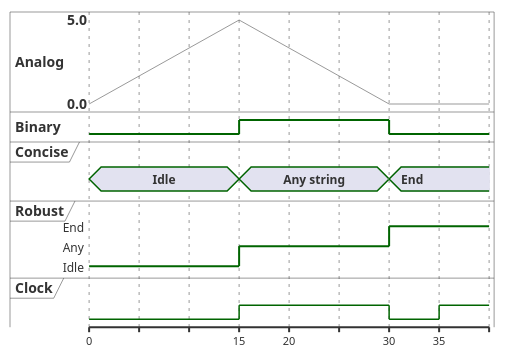
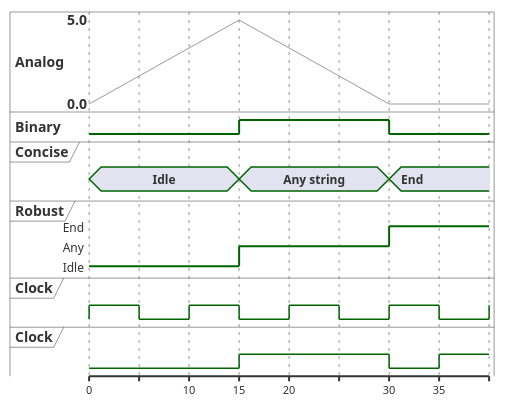
One commit to peponi-paradise/PlantUML changed the second of 24 diagrams in PlantUML - Timing diagram.md. Above: the diagram before and after it, drawn with PlantUML. The commit also changed other lines of this file and 1 other file, not shown here.

Commit message:
Timing diagram 업데이트

````diff
--- a/PlantUML - Timing diagram.md
+++ b/PlantUML - Timing diagram.md
@@ -83,30 +84,31 @@
 ```plantuml
 @startuml
 
 analog "Analog" as an
 binary "Binary" as bi
 concise "Concise" as co
 robust "Robust" as ro
-clock "Clock" as cl with period 20 pulse 15 offset 15
+clock "Clock" as cl with period 10
+clock "Clock" as cl2 with period 20 pulse 15 offset 15
 
 @0
 an is 0
 bi is low
 co is Idle
 ro is Idle
 
 @15
 an is 5
 bi is high
 co is "Any string"
 ro is Any
 
 @30
 an is 0
 bi is low
 co is End
 ro is End
 
 @35
 @enduml
 ```
````
